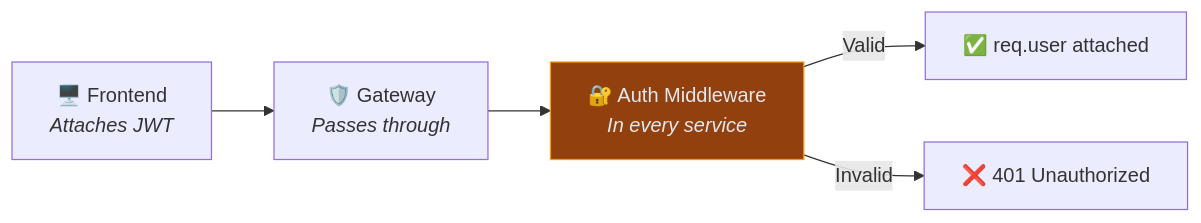
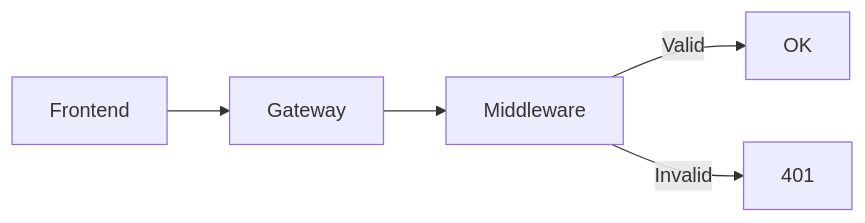
Before and after one commit to Luff-Org/Luff-Boilerplate: the fourth of 8 diagrams in NOTES.md, drawn with Mermaid. The commit also changed other lines of this file and 4 other files, not shown here.

Commit message:
fix(docs): rewrite all mermaid diagrams with ultra-short labels for GitHub rendering

````diff
--- a/NOTES.md
+++ b/NOTES.md
@@ -137,9 +102,7 @@
 ```mermaid
 flowchart LR
-  A["🖥️ Frontend<br/><i>Attaches JWT</i>"] --> B["🛡️ Gateway<br/><i>Passes through</i>"]
-  B --> C["🔐 Auth Middleware<br/><i>In every service</i>"]
-  C -->|"Valid"| D["✅ req.user attached"]
-  C -->|"Invalid"| E["❌ 401 Unauthorized"]
-
-  style C fill:#92400e,stroke:#f59e0b,color:#e2e8f0
+  A[Frontend] --> B[Gateway]
+  B --> C[Middleware]
+  C -->|Valid| D[OK]
+  C -->|Invalid| E[401]
 ```
````
